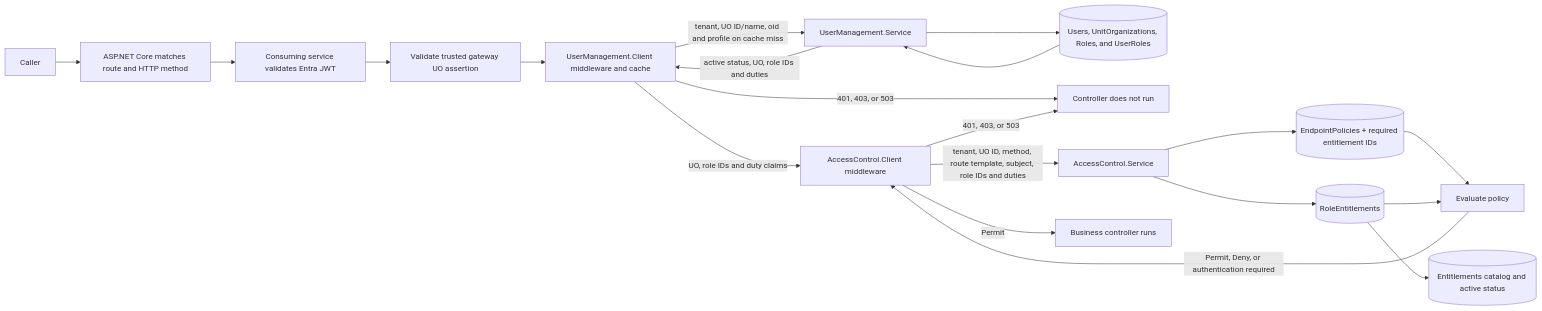
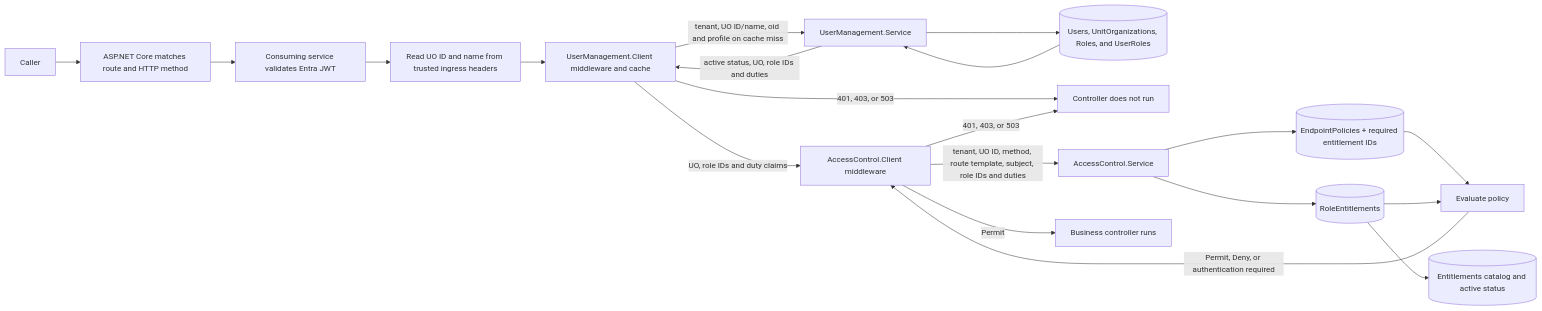
One commit to NMomchilo/AccessControl changed the diagram in docs/architecture.md. Above: the diagram before and after it, drawn with Mermaid. The commit also changed other lines of this file and 9 other files, not shown here.

````diff
--- a/docs/architecture.md
+++ b/docs/architecture.md
@@ -11,22 +11,22 @@
 ```mermaid
 flowchart LR
     Caller[Caller] --> Route[ASP.NET Core matches route and HTTP method]
     Route --> Auth[Consuming service validates Entra JWT]
-    Auth --> Gateway[Validate trusted gateway UO assertion]
-    Gateway --> UserClient[UserManagement.Client middleware and cache]
+    Auth --> IngressHeaders[Read UO ID and name from trusted ingress headers]
+    IngressHeaders --> UserClient[UserManagement.Client middleware and cache]
     UserClient -->|tenant, UO ID/name, oid and profile on cache miss| UserApi[UserManagement.Service]
     UserApi --> Users[(Users, UnitOrganizations, Roles, and UserRoles)]
     Users --> UserApi
     UserApi -->|active status, UO, role IDs and duties| UserClient
     UserClient -->|UO, role IDs and duty claims| NuGet[AccessControl.Client middleware]
     UserClient -->|401, 403, or 503| Stop[Controller does not run]
     NuGet -->|tenant, UO ID, method, route template, subject, role IDs and duties| API[AccessControl.Service]
     API --> Policy[(EndpointPolicies + required entitlement IDs)]
     API --> Grants[(RoleEntitlements)]
     Grants --> Catalog[(Entitlements catalog and active status)]
     Policy --> Evaluate[Evaluate policy]
     Grants --> Evaluate
     Evaluate -->|Permit, Deny, or authentication required| NuGet
     NuGet -->|Permit| Controller[Business controller runs]
     NuGet -->|401, 403, or 503| Stop[Controller does not run]
 ```
````
